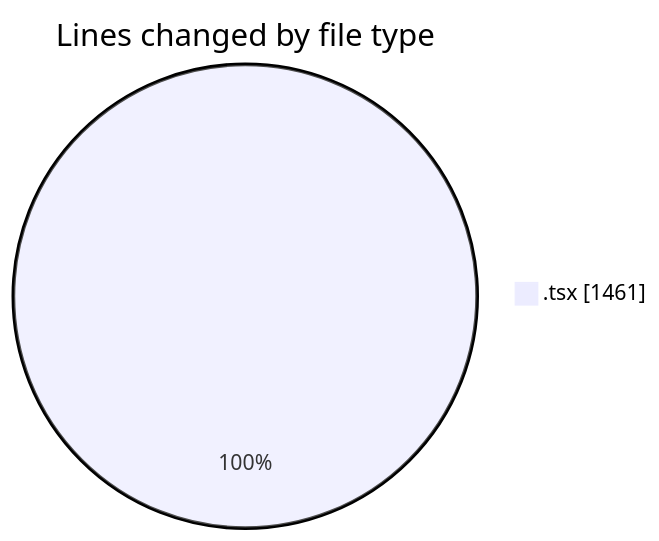
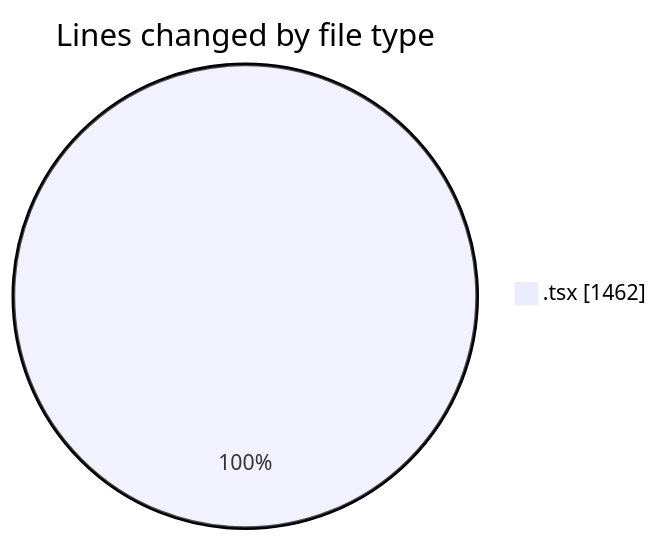
Before and after one commit to momahboobian/code-tracking: the first of 2 diagrams in 2025-09-30/cda/README.md, drawn with Mermaid. The commit also changed other lines of this file and 1 other file, not shown here.

````diff
--- a/2025-09-30/cda/README.md
+++ b/2025-09-30/cda/README.md
@@ -21,5 +21,5 @@
 ```mermaid
 pie showData
 title Lines changed by file type
-".tsx" : 1461
+".tsx" : 1462
 ```
````
